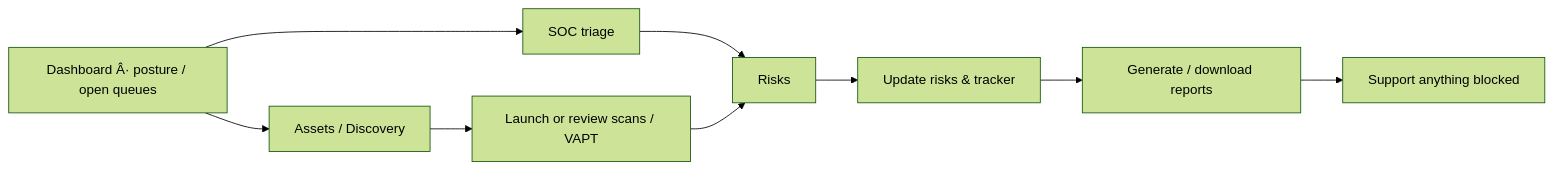
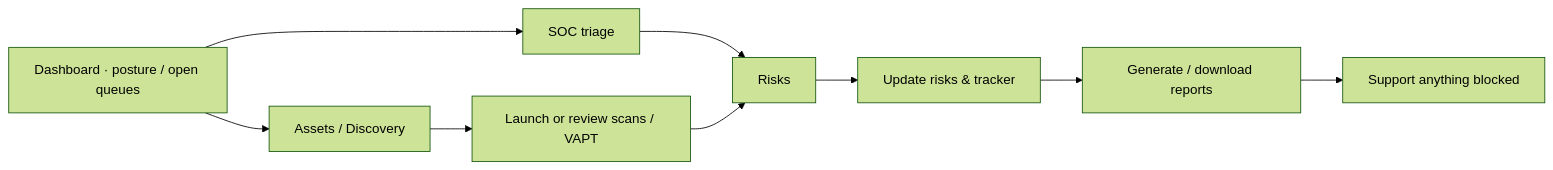
Before and after one commit to Phantom-Fort/Phantix-Frontend: the diagram in docs/how-to/command-centre/README.md, drawn with Mermaid (forest theme). The commit also changed 100 other files, not shown here.

````diff
--- a/docs/how-to/command-centre/README.md
+++ b/docs/how-to/command-centre/README.md
@@ -44,11 +44,11 @@
 ```mermaid
 flowchart LR
-  D[Dashboard Â· posture / open queues] --> S[SOC triage]
+  D[Dashboard · posture / open queues] --> S[SOC triage]
   D --> A[Assets / Discovery]
   S --> R[Risks]
   A --> SC[Launch or review scans / VAPT]
   SC --> R
   R --> T[Update risks & tracker]
   T --> REP[Generate / download reports]
   REP --> SUP[Support anything blocked]
 ```
````
